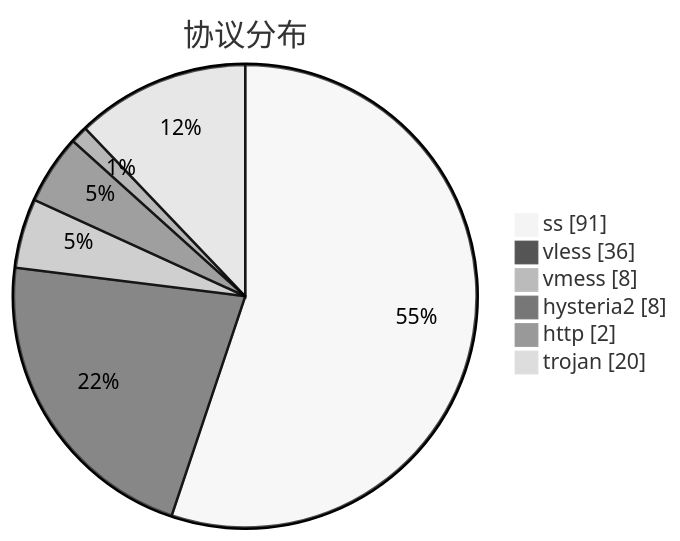
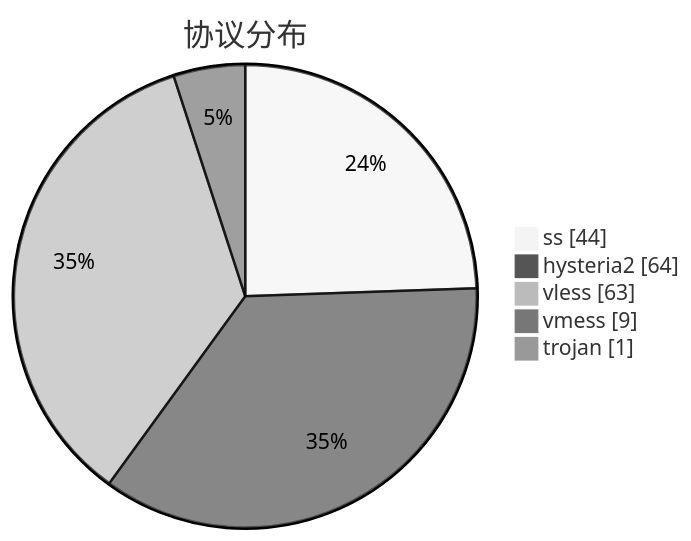
The third of 3 diagrams in subs/statistics/tested_within.md (sinspired/airport), drawn with Mermaid (neutral theme) before and after one commit. The commit also changed other lines of this file and 2 other files, not shown here.

````diff
--- a/subs/statistics/tested_within.md
+++ b/subs/statistics/tested_within.md
@@ -35,10 +35,9 @@
 ```mermaid
 pie showData
 title 协议分布
-"ss" : 91
-"vless" : 36
-"vmess" : 8
-"hysteria2" : 8
-"http" : 2
-"trojan" : 20
+"ss" : 44
+"hysteria2" : 64
+"vless" : 63
+"vmess" : 9
+"trojan" : 1
 ```
````
